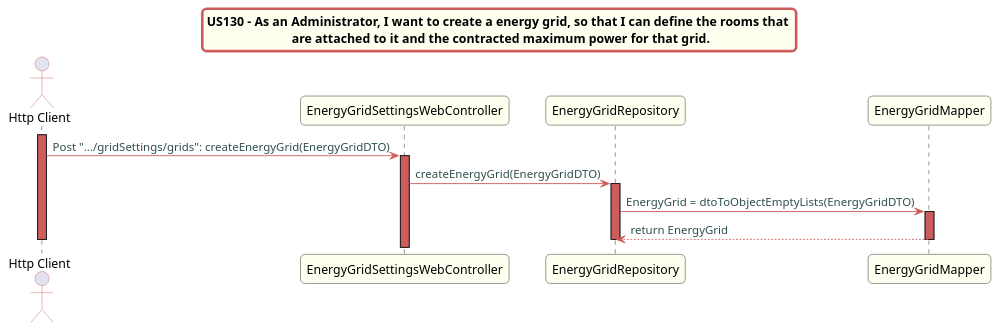
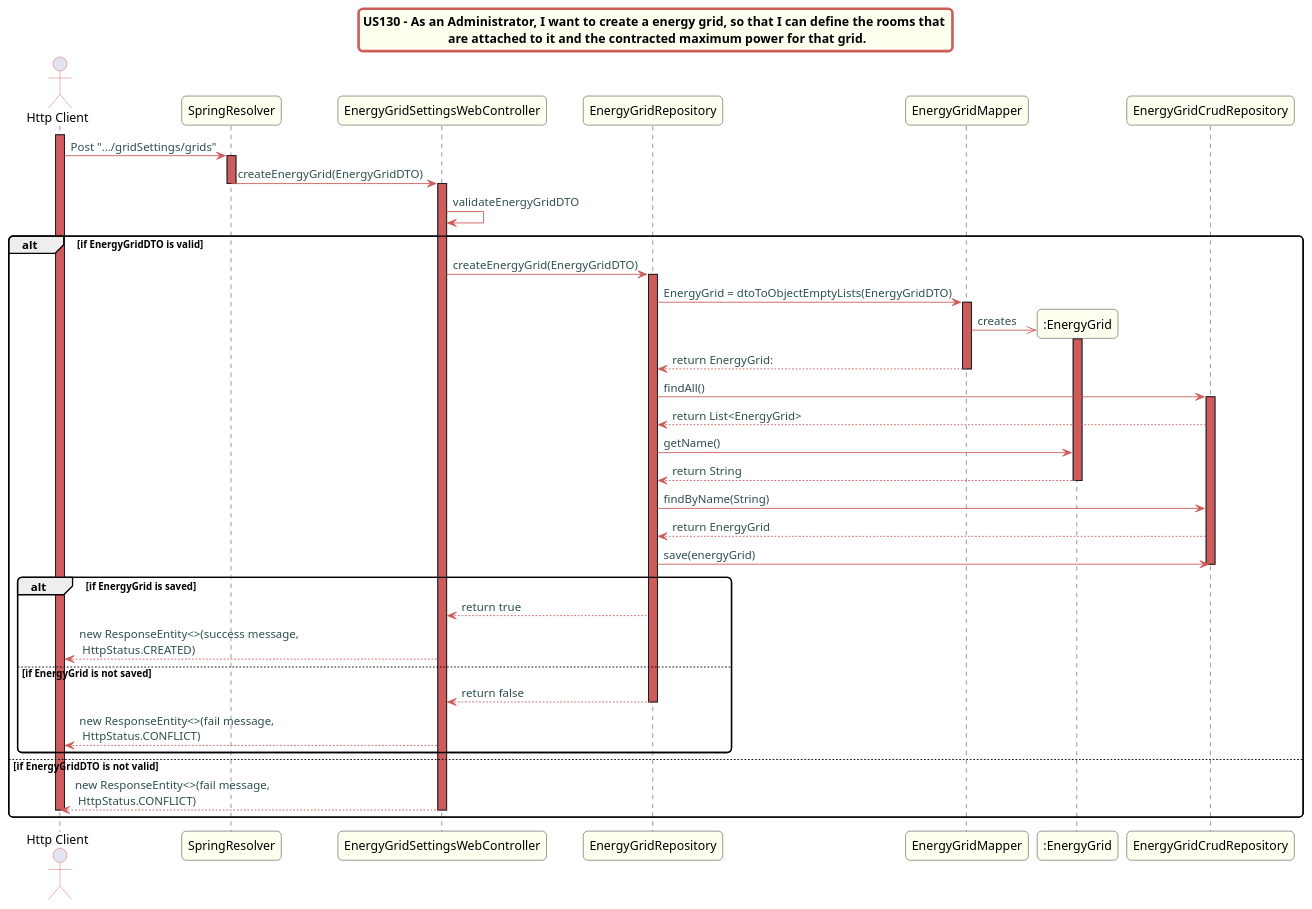
The diagram in src/doc/WEB_Controllers/EnergyGridSettings/US130/US130_sd.puml (Almadanmp/project), drawn with PlantUML before and after one commit.

Commit message:
REF #345: Asserts US130 web-controller Class Diagram

```diff
--- a/src/doc/WEB_Controllers/EnergyGridSettings/US130/US130_sd.puml
+++ b/src/doc/WEB_Controllers/EnergyGridSettings/US130/US130_sd.puml
@@ -1,40 +1,70 @@
 @startuml
 skinparam titleBorderRoundCorner 10
 skinparam titleBorderThickness 3
 skinparam titleBorderColor indianred
 skinparam titleBackgroundColor ivory
 skinparam FontName quicksand
 
 skinparam actor {
  	BorderColor indianred
  	}
 
  skinparam sequence {
  	LifeLineBackgroundColor indianred
  	ParticipantBackgroundColor ivory
 }
 
  skinparam roundcorner 10
 
  skinparam component {
    arrowThickness 1
    ArrowFontName Verdana
    ArrowColor indianred
    ArrowFontColor darkslategrey
  }
 title US130 - As an Administrator, I want to create a energy grid, so that I can define the rooms that \n are attached to it and the contracted maximum power for that grid.
 
 actor "Http Client"
 activate "Http Client"
-"Http Client" -> "EnergyGridSettingsWebController":  Post ".../gridSettings/grids": createEnergyGrid(EnergyGridDTO)
+"Http Client" -> "SpringResolver":  Post ".../gridSettings/grids"
+activate "SpringResolver"
+"SpringResolver" -> "EnergyGridSettingsWebController": createEnergyGrid(EnergyGridDTO)
+deactivate "SpringResolver"
 activate "EnergyGridSettingsWebController"
+"EnergyGridSettingsWebController" -> "EnergyGridSettingsWebController": validateEnergyGridDTO
+alt if EnergyGridDTO is valid
 "EnergyGridSettingsWebController" -> "EnergyGridRepository": createEnergyGrid(EnergyGridDTO)
 activate "EnergyGridRepository"
 "EnergyGridRepository" -> "EnergyGridMapper": EnergyGrid = dtoToObjectEmptyLists(EnergyGridDTO)
 activate "EnergyGridMapper"
-"EnergyGridMapper" --> "EnergyGridRepository": return EnergyGrid
+create ":EnergyGrid"
+"EnergyGridMapper" ->>":EnergyGrid": creates
+activate ":EnergyGrid"
+"EnergyGridMapper" --> "EnergyGridRepository": return EnergyGrid:
 deactivate "EnergyGridMapper"
+"EnergyGridRepository" -> "EnergyGridCrudRepository":findAll()
+activate "EnergyGridCrudRepository"
+"EnergyGridCrudRepository" --> "EnergyGridRepository": return List<EnergyGrid>
+"EnergyGridRepository" -> ":EnergyGrid": getName()
+":EnergyGrid" --> "EnergyGridRepository": return String
+deactivate ":EnergyGrid"
+"EnergyGridRepository" -> "EnergyGridCrudRepository": findByName(String)
+"EnergyGridCrudRepository" --> "EnergyGridRepository": return EnergyGrid
+"EnergyGridRepository" -> "EnergyGridCrudRepository": save(energyGrid)
+deactivate "EnergyGridCrudRepository"
+alt if EnergyGrid is saved
+"EnergyGridRepository" --> "EnergyGridSettingsWebController": return true
+"EnergyGridSettingsWebController" --> "Http Client": new ResponseEntity<>(success message,\n HttpStatus.CREATED)
+else if EnergyGrid is not saved
+"EnergyGridRepository" --> "EnergyGridSettingsWebController": return false
 deactivate "EnergyGridRepository"
+
+"EnergyGridSettingsWebController" --> "Http Client": new ResponseEntity<>(fail message,\n HttpStatus.CONFLICT)
+end
+else if EnergyGridDTO is not valid
+"EnergyGridSettingsWebController" --> "Http Client": new ResponseEntity<>(fail message,\n HttpStatus.CONFLICT)
 deactivate "Http Client"
+deactivate "EnergyGridSettingsWebController"
+end
 
 @enduml
```
